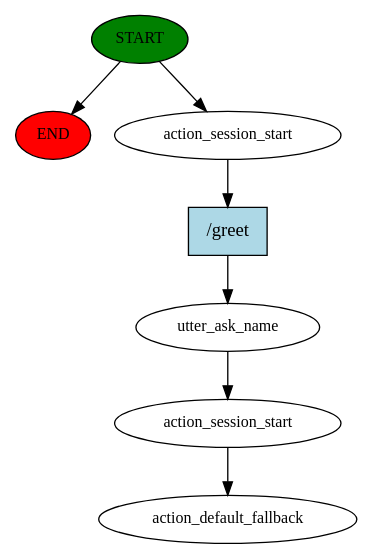
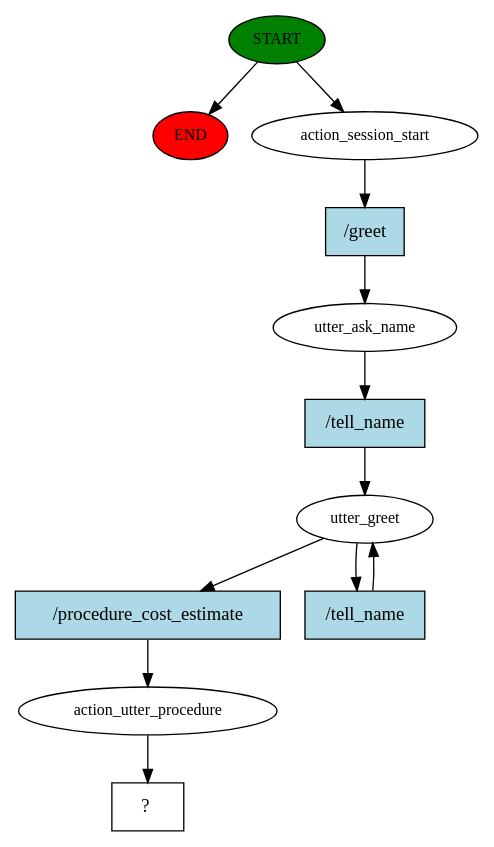
The diagram in story_graph.dot (wipdata31/wipdata_ai_bot_brain), drawn with Graphviz before and after one commit. The commit also changed 1194 other files, not shown here.

```diff
--- a/story_graph.dot
+++ b/story_graph.dot
@@ -1,15 +1,24 @@
 digraph  {
 0 [class="start active", fillcolor=green, fontsize=12, label=START, style=filled];
 "-1" [class=end, fillcolor=red, fontsize=12, label=END, style=filled];
 1 [class=active, fontsize=12, label=action_session_start];
 2 [class=active, fontsize=12, label=utter_ask_name];
-3 [class=active, fontsize=12, label=action_session_start];
-4 [class="dashed active", fontsize=12, label=action_default_fallback];
-5 [class="intent active", fillcolor=lightblue, label="/greet", shape=rect, style=filled];
+3 [class=active, fontsize=12, label=utter_greet];
+5 [class=active, fontsize=12, label=action_utter_procedure];
+6 [class="intent dashed active", label="  ?  ", shape=rect];
+7 [class="intent active", fillcolor=lightblue, label="/greet", shape=rect, style=filled];
+8 [class="intent active", fillcolor=lightblue, label="/tell_name", shape=rect, style=filled];
+9 [class="intent active", fillcolor=lightblue, label="/procedure_cost_estimate", shape=rect, style=filled];
+10 [class="intent active", fillcolor=lightblue, label="/tell_name", shape=rect, style=filled];
 0 -> "-1"  [class="", key=NONE, label=""];
 0 -> 1  [class=active, key=NONE, label=""];
-1 -> 5  [class=active, key=0];
-2 -> 3  [class=active, key=NONE, label=""];
-3 -> 4  [class=active, key=NONE, label=""];
-5 -> 2  [class=active, key=0];
+1 -> 7  [class=active, key=0];
+2 -> 8  [class=active, key=0];
+3 -> 9  [class=active, key=0];
+3 -> 10  [class=active, key=0];
+5 -> 6  [class=active, key=NONE, label=""];
+7 -> 2  [class=active, key=0];
+8 -> 3  [class=active, key=0];
+9 -> 5  [class=active, key=0];
+10 -> 3  [class=active, key=0];
 }
```
